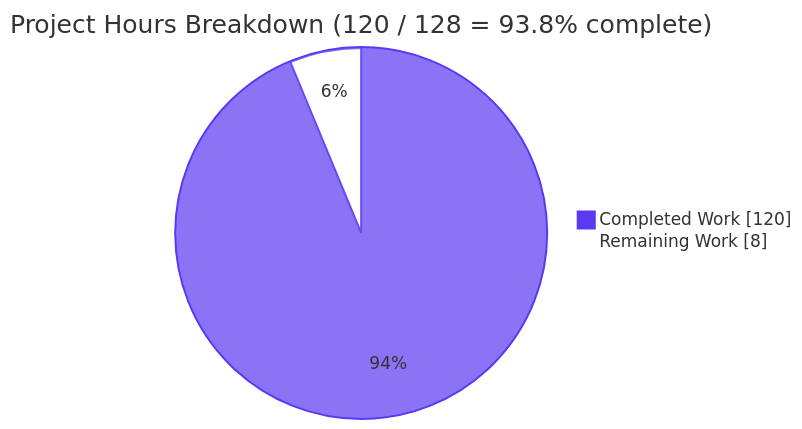
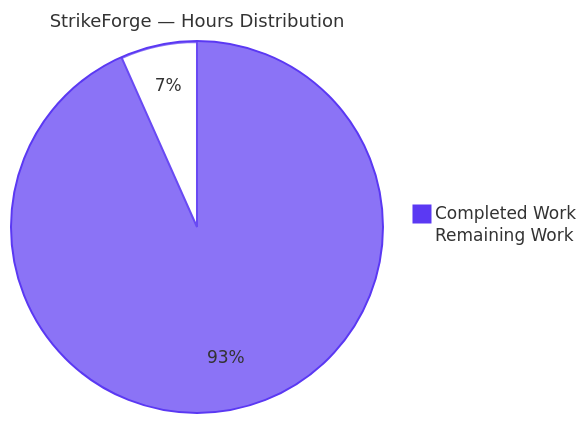
The second of 4 diagrams in blitzy/documentation/Project Guide.md (Blitzy-Sandbox/blitzy-configurator), drawn with Mermaid before and after one commit. The commit also changed other lines of this file, not shown here.

Commit message:
Adding Blitzy Project Guide: Project Status and Human Tasks Remaining

````diff
--- a/blitzy/documentation/Project Guide.md
+++ b/blitzy/documentation/Project Guide.md
@@ -244,6 +268,6 @@
 ```mermaid
-%%{init: {'theme':'base','themeVariables':{'pie1':'#5B39F3','pie2':'#FFFFFF','pieStrokeColor':'#5B39F3','pieOuterStrokeColor':'#5B39F3','pieSectionTextColor':'#333333','pieTitleTextColor':'#333333'}}}%%
-pie showData title Project Hours Breakdown (120 / 128 = 93.8% complete)
-    "Completed Work" : 120
-    "Remaining Work" : 8
+%%{init: {'theme':'base','themeVariables':{'pie1':'#5B39F3','pie2':'#FFFFFF','pieStrokeColor':'#5B39F3','pieOuterStrokeColor':'#5B39F3','pieTitleTextSize':'18px'}}}%%
+pie title StrikeForge — Hours Distribution
+    "Completed Work" : 672
+    "Remaining Work" : 48
 ```
````
